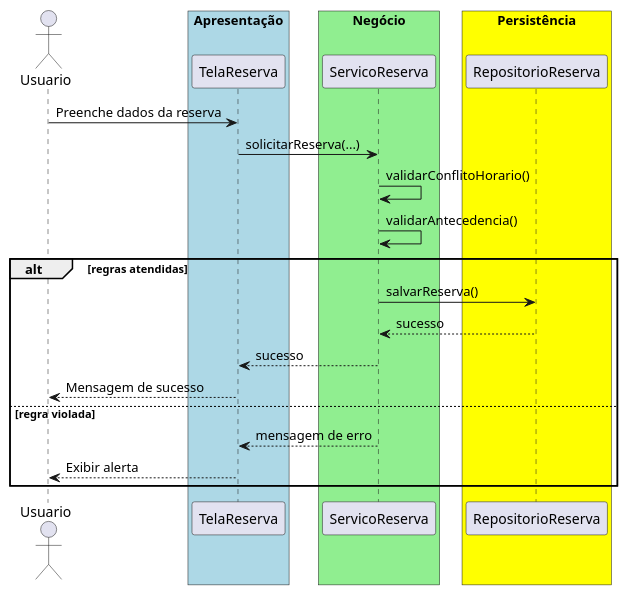
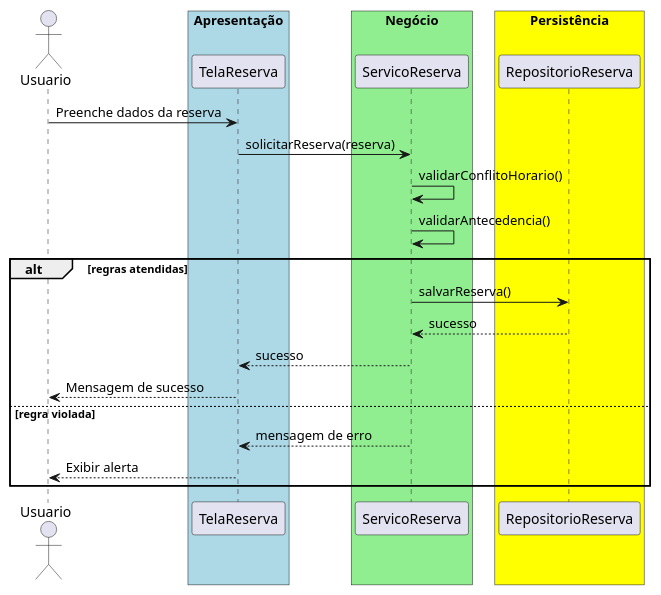
One commit to 20261-ifba-saj-ads-poo/blog changed the diagram in src/trabalhos/Trabalho03.md. Above: the diagram before and after it, drawn with PlantUML. The commit also changed other lines of this file and 35 other files, not shown here.

````diff
--- a/src/trabalhos/Trabalho03.md
+++ b/src/trabalhos/Trabalho03.md
@@ -28,27 +28,27 @@
 ```plantuml{kroki=true}
 @startuml
 actor Usuario
 box "Apresentação" #lightblue
     participant TelaReserva
 end box
 box "Negócio" #lightgreen
     participant ServicoReserva
 end box
 box "Persistência" #yellow
     participant RepositorioReserva
 end box
 Usuario -> TelaReserva : Preenche dados da reserva
-TelaReserva -> ServicoReserva : solicitarReserva(...)
+TelaReserva -> ServicoReserva : solicitarReserva(reserva)
 ServicoReserva -> ServicoReserva : validarConflitoHorario()
 ServicoReserva -> ServicoReserva : validarAntecedencia()
 alt regras atendidas
     ServicoReserva -> RepositorioReserva : salvarReserva()
     RepositorioReserva --> ServicoReserva : sucesso
     ServicoReserva --> TelaReserva : sucesso
     TelaReserva --> Usuario : Mensagem de sucesso
 else regra violada
     ServicoReserva --> TelaReserva : mensagem de erro
     TelaReserva --> Usuario : Exibir alerta
 end
 @enduml
 ```
````
